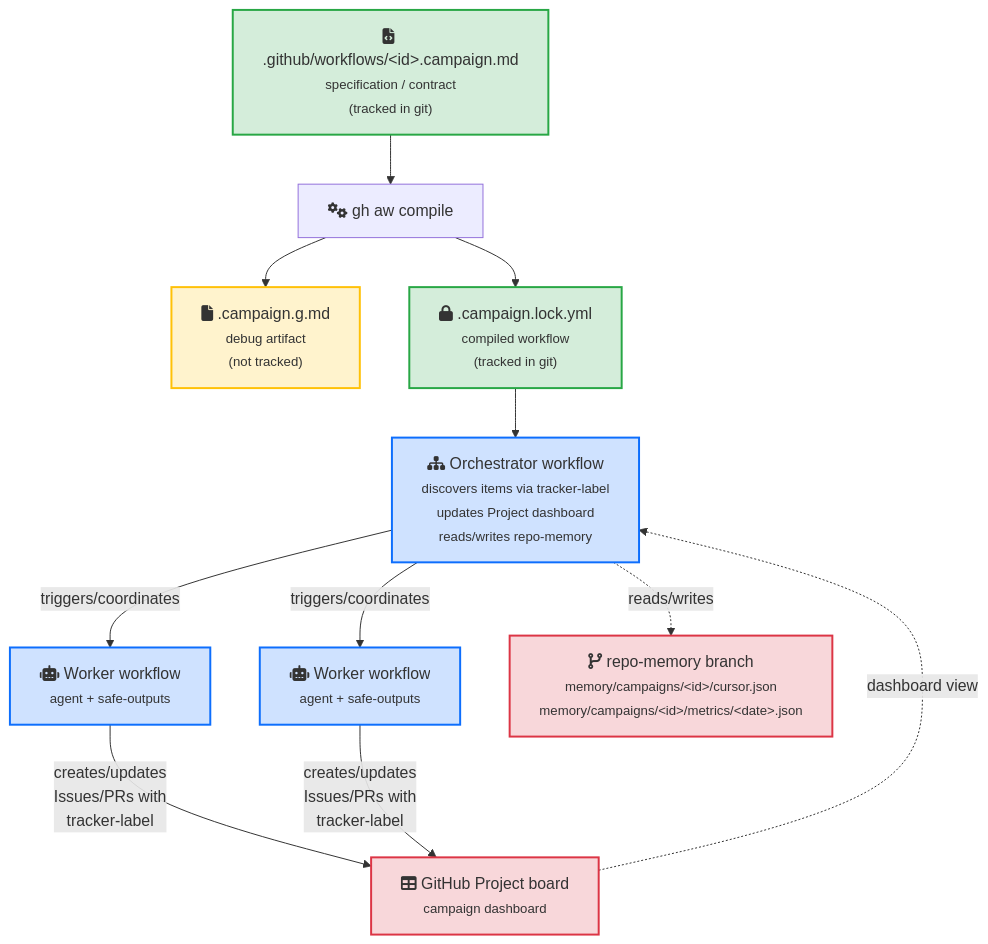
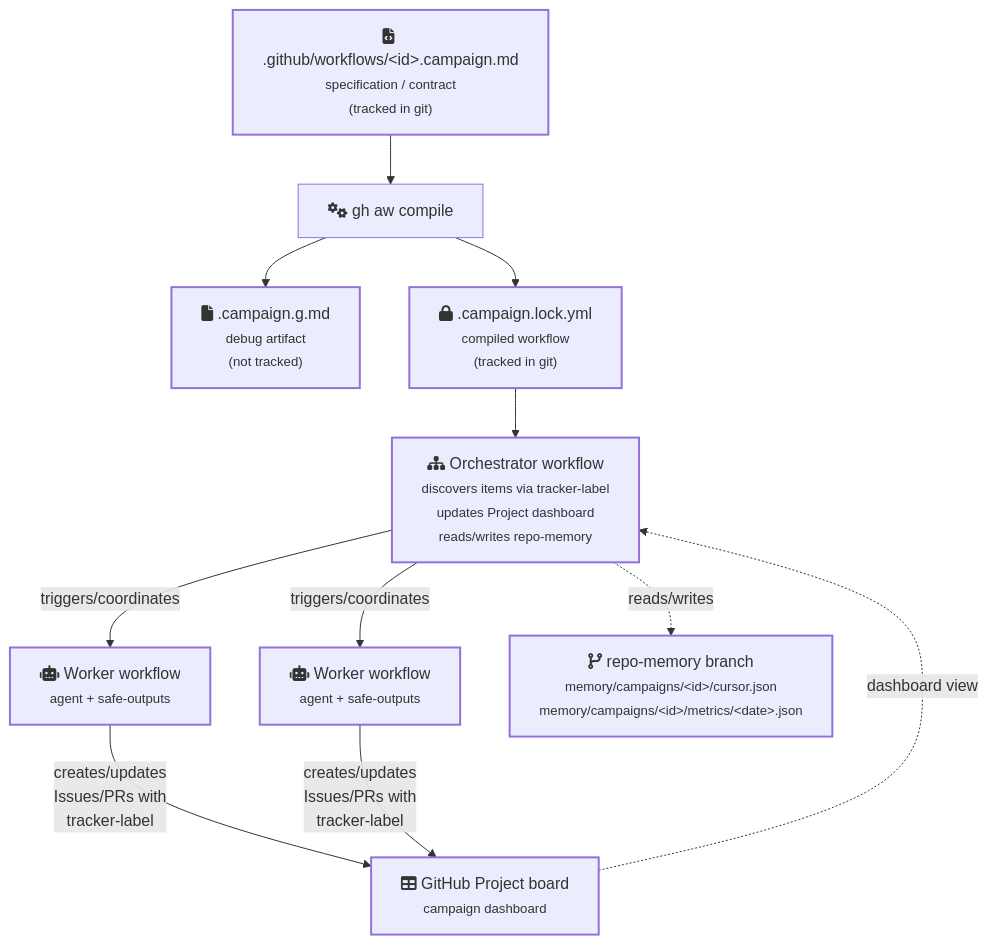
The diagram in docs/src/content/docs/guides/campaigns/specs.md (githubnext/gh-aw), drawn with Mermaid before and after one commit. The commit also changed 1 other file, not shown here.

Commit message:
fix colors in dark mode (#8652)

````diff
--- a/docs/src/content/docs/guides/campaigns/specs.md
+++ b/docs/src/content/docs/guides/campaigns/specs.md
@@ -20,33 +20,34 @@
 ```mermaid
 flowchart TB
     spec["fa:fa-file-code .github/workflows/&lt;id&gt;.campaign.md<br/><small>specification / contract<br/>(tracked in git)</small>"]
     compile["fa:fa-cogs gh aw compile"]
     debug["fa:fa-file .campaign.g.md<br/><small>debug artifact<br/>(not tracked)</small>"]
     lock["fa:fa-lock .campaign.lock.yml<br/><small>compiled workflow<br/>(tracked in git)</small>"]
     orchestrator["fa:fa-sitemap Orchestrator workflow<br/><small>discovers items via tracker-label<br/>updates Project dashboard<br/>reads/writes repo-memory</small>"]
     worker1["fa:fa-robot Worker workflow<br/><small>agent + safe-outputs</small>"]
     worker2["fa:fa-robot Worker workflow<br/><small>agent + safe-outputs</small>"]
     project["fa:fa-table GitHub Project board<br/><small>campaign dashboard</small>"]
     memory["fa:fa-code-branch repo-memory branch<br/><small>memory/campaigns/&lt;id&gt;/cursor.json<br/>memory/campaigns/&lt;id&gt;/metrics/&lt;date&gt;.json</small>"]
 
     spec --> compile
     compile --> debug
     compile --> lock
     lock --> orchestrator
     orchestrator -->|triggers/coordinates| worker1
     orchestrator -->|triggers/coordinates| worker2
     worker1 -->|creates/updates<br/>Issues/PRs with<br/>tracker-label| project
     worker2 -->|creates/updates<br/>Issues/PRs with<br/>tracker-label| project
     orchestrator -.->|reads/writes| memory
     project -.->|dashboard view| orchestrator
 
-    classDef tracked fill:#d4edda,stroke:#28a745,stroke-width:2px
-    classDef notTracked fill:#fff3cd,stroke:#ffc107,stroke-width:2px
-    classDef workflow fill:#cfe2ff,stroke:#0d6efd,stroke-width:2px
-    classDef external fill:#f8d7da,stroke:#dc3545,stroke-width:2px
+    %% Colors are applied via CSS for light/dark themes; keep only stroke width here.
+    classDef tracked stroke-width:2px
+    classDef notTracked stroke-width:2px
+    classDef workflow stroke-width:2px
+    classDef external stroke-width:2px
 
     class spec,lock tracked
     class debug notTracked
     class orchestrator,worker1,worker2 workflow
     class project,memory external
 ```
````
